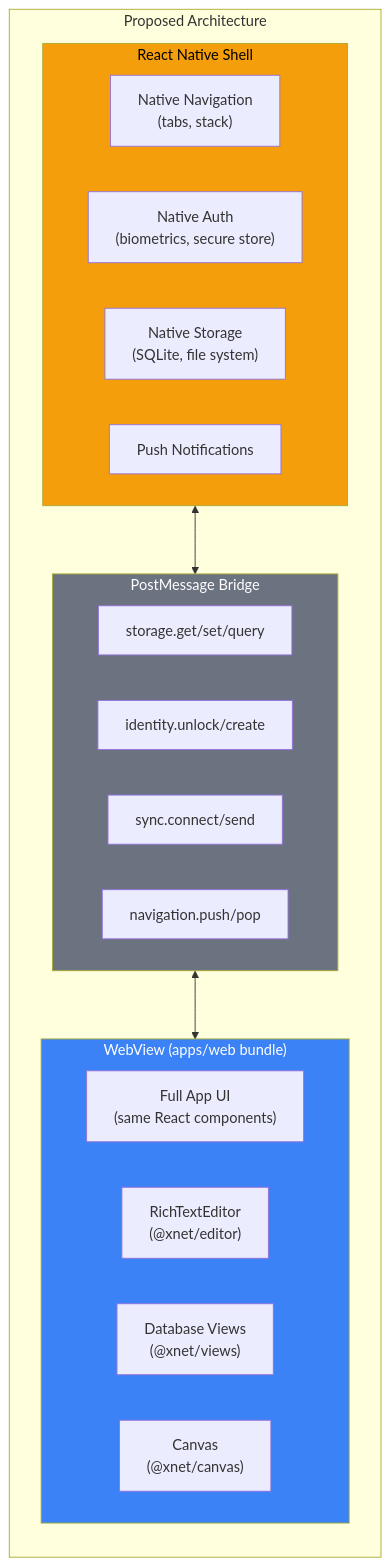
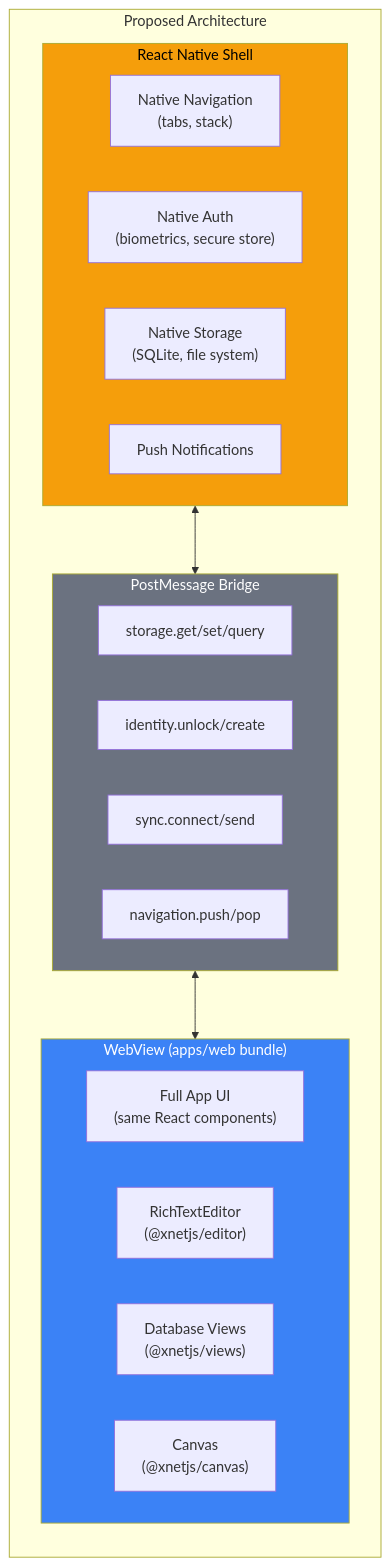
Before and after one commit to crs48/xNet: diagram 11 of 14 in docs/explorations/0056_[x]_WEB_APP_INTEGRATION.md, drawn with Mermaid. The commit also changed other lines of this file and 980 other files, not shown here.

````diff
--- a/docs/explorations/0056_[x]_WEB_APP_INTEGRATION.md
+++ b/docs/explorations/0056_[x]_WEB_APP_INTEGRATION.md
@@ -1371,34 +1371,34 @@
 ```mermaid
 flowchart TD
     subgraph "Proposed Architecture"
         direction TB
 
         subgraph shell["React Native Shell"]
             nav["Native Navigation\n(tabs, stack)"]
             auth["Native Auth\n(biometrics, secure store)"]
             fs["Native Storage\n(SQLite, file system)"]
             push["Push Notifications"]
         end
 
         subgraph webview["WebView (apps/web bundle)"]
             app_ui["Full App UI\n(same React components)"]
-            editor2["RichTextEditor\n(@xnet/editor)"]
-            views2["Database Views\n(@xnet/views)"]
-            canvas2["Canvas\n(@xnet/canvas)"]
+            editor2["RichTextEditor\n(@xnetjs/editor)"]
+            views2["Database Views\n(@xnetjs/views)"]
+            canvas2["Canvas\n(@xnetjs/canvas)"]
         end
 
         subgraph bridge["PostMessage Bridge"]
             b1["storage.get/set/query"]
             b2["identity.unlock/create"]
             b3["sync.connect/send"]
             b4["navigation.push/pop"]
         end
 
         shell <--> bridge
         bridge <--> webview
     end
 
     style shell fill:#f59e0b,color:#000
     style webview fill:#3b82f6,color:#fff
     style bridge fill:#6b7280,color:#fff
 ```
````
